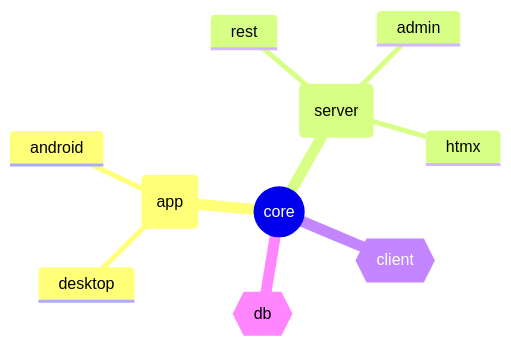
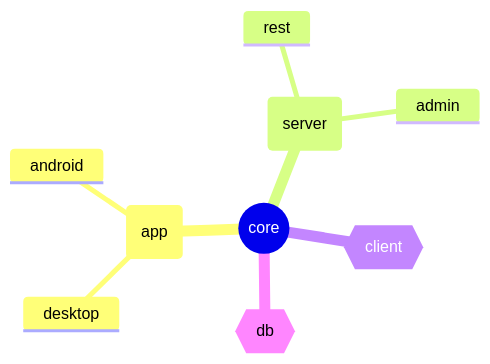
One commit to ktorio/ktor-chat changed the diagram in README.md. Above: the diagram before and after it, drawn with Mermaid. The commit also changed other lines of this file, not shown here.

````diff
--- a/README.md
+++ b/README.md
@@ -33,13 +33,12 @@
 ```mermaid
 mindmap
   root((core))
     id(app)
       desktop
       android
     id(server)
       rest
-      htmx
       admin
     id{{client}}
     id{{db}}
 ```
````
